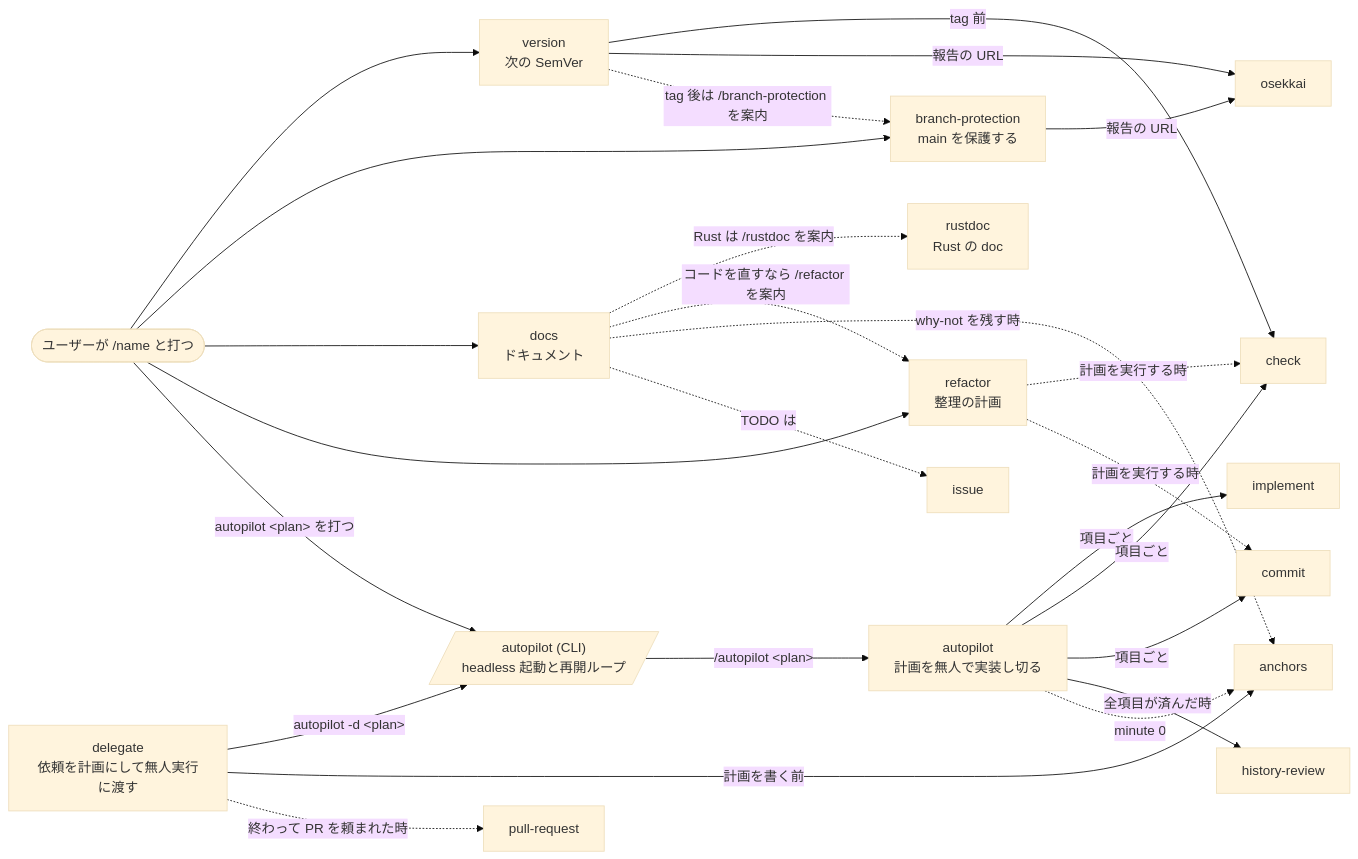
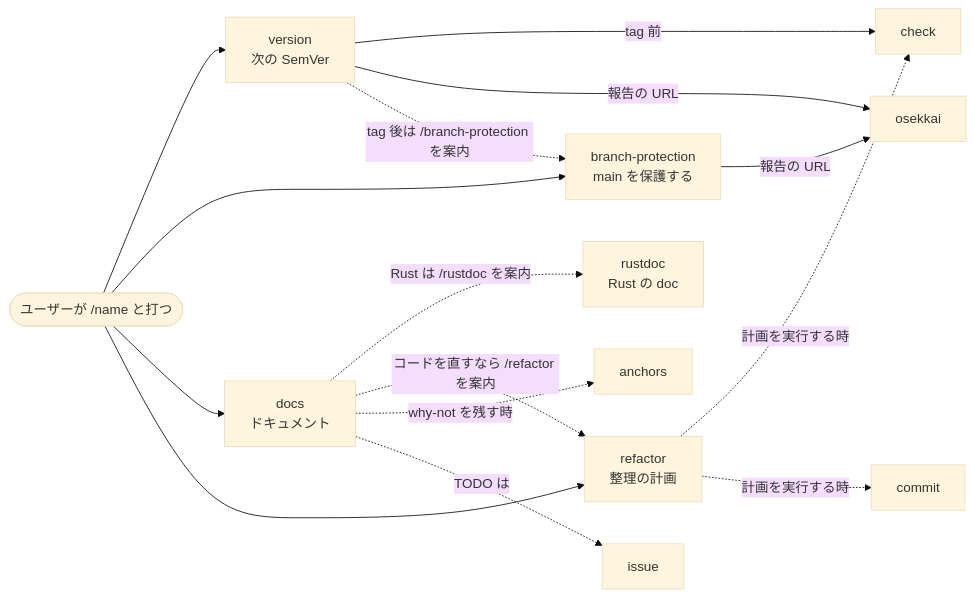
The second of 3 diagrams in configs/agents/README.md (Xantibody/dotfiles), drawn with Mermaid (base theme) before and after one commit. The commit also changed other lines of this file and 16 other files, not shown here.

First line of the commit message:
chore(agents): remove the autopilot harness and the delegate skill

````diff
--- a/configs/agents/README.md
+++ b/configs/agents/README.md
@@ -64,42 +64,26 @@
 ```mermaid
 flowchart LR
   user(["ユーザーが /name と打つ"])
   version["version<br/>次の SemVer"]
   bp["branch-protection<br/>main を保護する"]
   docs["docs<br/>ドキュメント"]
   refactor["refactor<br/>整理の計画"]
   check["check"]
   commit["commit"]
   osekkai["osekkai"]
   anchors["anchors"]
   issue["issue"]
   rustdoc["rustdoc<br/>Rust の doc"]
-  autopilot["autopilot<br/>計画を無人で実装し切る"]
-  implement["implement"]
-  hr["history-review"]
-  ap[/"autopilot (CLI)<br/>headless 起動と再開ループ"/]
-  delegate["delegate<br/>依頼を計画にして無人実行に渡す"]
-  pr["pull-request"]
 
   user --> version & bp & docs & refactor
-  user -->|"autopilot #lt;plan#gt; を打つ"| ap
-  delegate -->|"autopilot -d #lt;plan#gt;"| ap
-  delegate -->|"計画を書く前"| anchors
-  delegate -.->|"終わって PR を頼まれた時"| pr
-  ap -->|"/autopilot #lt;plan#gt;"| autopilot
-  autopilot -->|"項目ごと"| implement
-  autopilot -->|"項目ごと"| check
-  autopilot -->|"項目ごと"| commit
-  autopilot -->|"全項目が済んだ時"| hr
-  autopilot -.->|"minute 0"| anchors
   version -->|"tag 前"| check
   version -->|"報告の URL"| osekkai
   version -.->|"tag 後は /branch-protection を案内"| bp
   bp -->|"報告の URL"| osekkai
   docs -.->|"Rust は /rustdoc を案内"| rustdoc
   docs -.->|"コードを直すなら /refactor を案内"| refactor
   docs -.->|"why-not を残す時"| anchors
   docs -.->|"TODO は"| issue
   refactor -.->|"計画を実行する時"| check
   refactor -.->|"計画を実行する時"| commit
 ```
````
